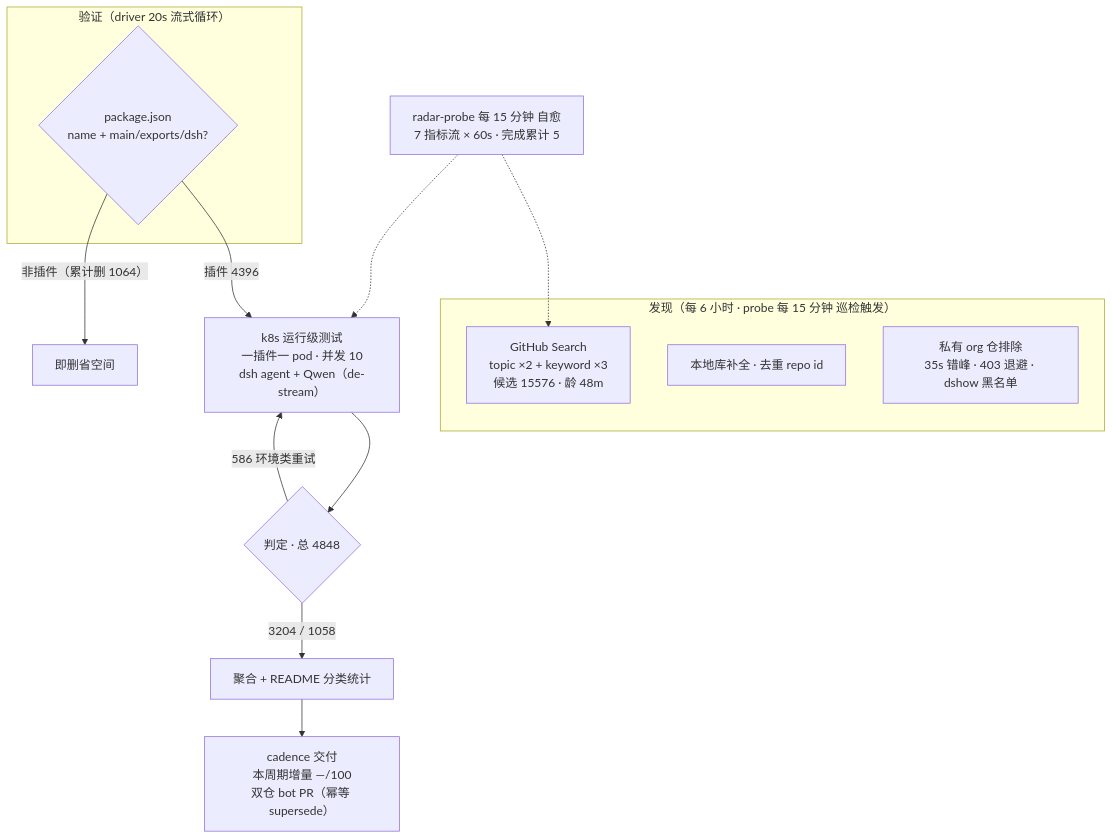
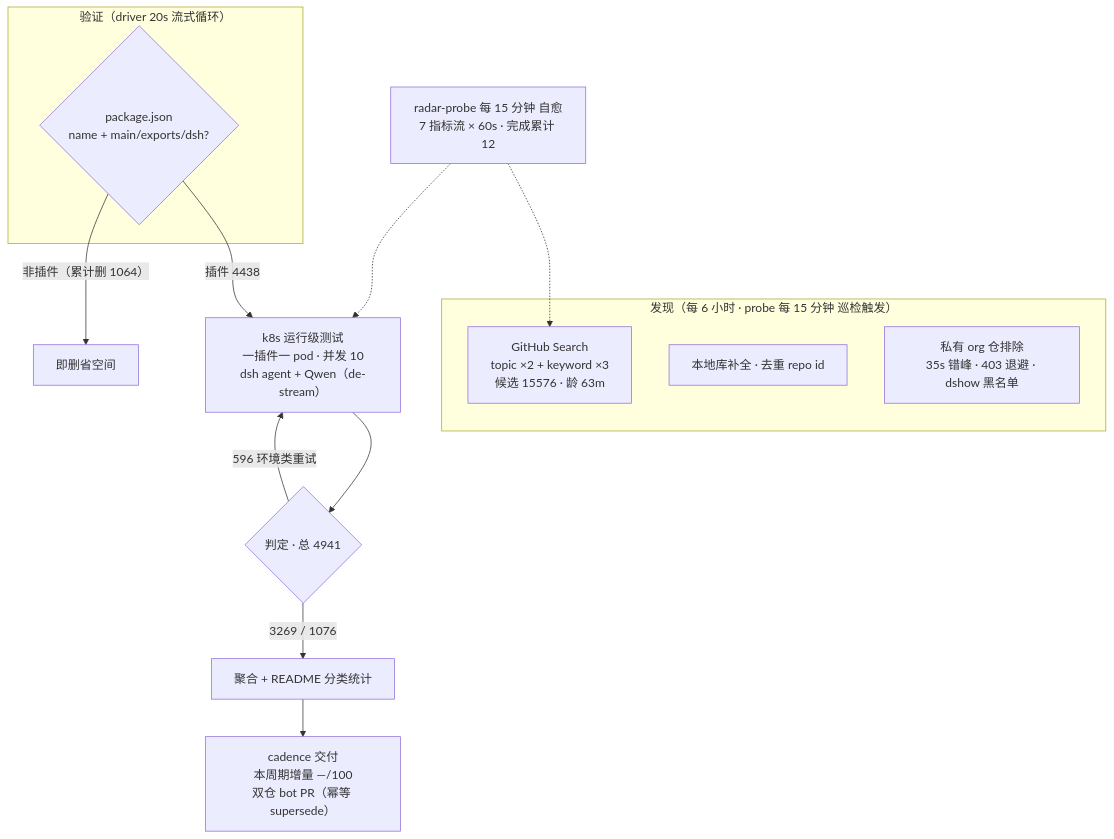
The diagram in README.md (Zhidao-Lab-OSS/awesome-dsh-plugins), drawn with Mermaid before and after one commit. The commit also changed other lines of this file and 1 other file, not shown here.

````diff
--- a/README.md
+++ b/README.md
@@ -37,20 +37,20 @@
 ```mermaid
 flowchart TB
     subgraph Discovery["发现（每 6 小时 · probe 每 15 分钟 巡检触发）"]
-        A1["GitHub Search<br/>topic ×2 + keyword ×3<br/>候选 15576 · 龄 48m"]
+        A1["GitHub Search<br/>topic ×2 + keyword ×3<br/>候选 15576 · 龄 63m"]
         A2["本地库补全 · 去重 repo id"]
         A3["私有 org 仓排除<br/>35s 错峰 · 403 退避 · dshow 黑名单"]
     end
     subgraph Validation["验证（driver 20s 流式循环）"]
         B1{"package.json<br/>name + main/exports/dsh?"}
     end
-    B1 -->|"插件 4396"| C1["k8s 运行级测试<br/>一插件一 pod · 并发 10<br/>dsh agent + Qwen（de-stream）"]
+    B1 -->|"插件 4438"| C1["k8s 运行级测试<br/>一插件一 pod · 并发 10<br/>dsh agent + Qwen（de-stream）"]
     B1 -->|"非插件（累计删 1064）"| B3["即删省空间"]
-    C1 --> D1{"判定 · 总 4848"}
-    D1 -->|"3204 / 1058"| E1["聚合 + README 分类统计"]
-    D1 -->|"586 环境类重试"| C1
+    C1 --> D1{"判定 · 总 4941"}
+    D1 -->|"3269 / 1076"| E1["聚合 + README 分类统计"]
+    D1 -->|"596 环境类重试"| C1
     E1 --> E2["cadence 交付<br/>本周期增量 —/100<br/>双仓 bot PR（幂等 supersede）"]
-    M["radar-probe 每 15 分钟 自愈<br/>7 指标流 × 60s · 完成累计 5"]
+    M["radar-probe 每 15 分钟 自愈<br/>7 指标流 × 60s · 完成累计 12"]
     M -.-> A1
     M -.-> C1
 ```
````
